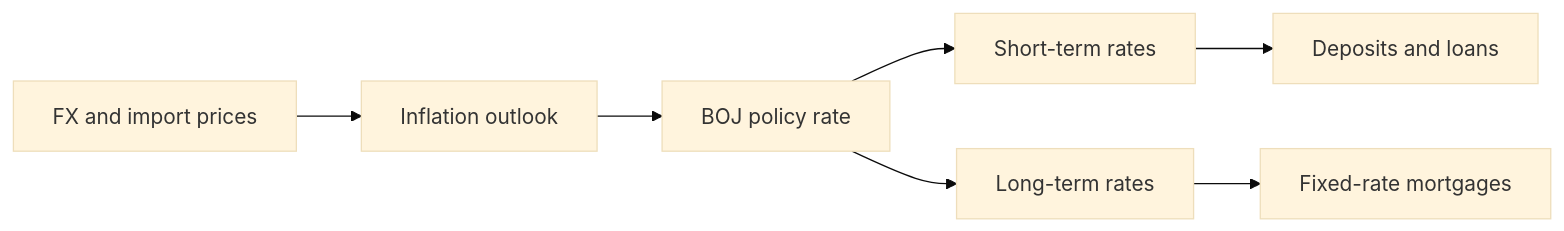
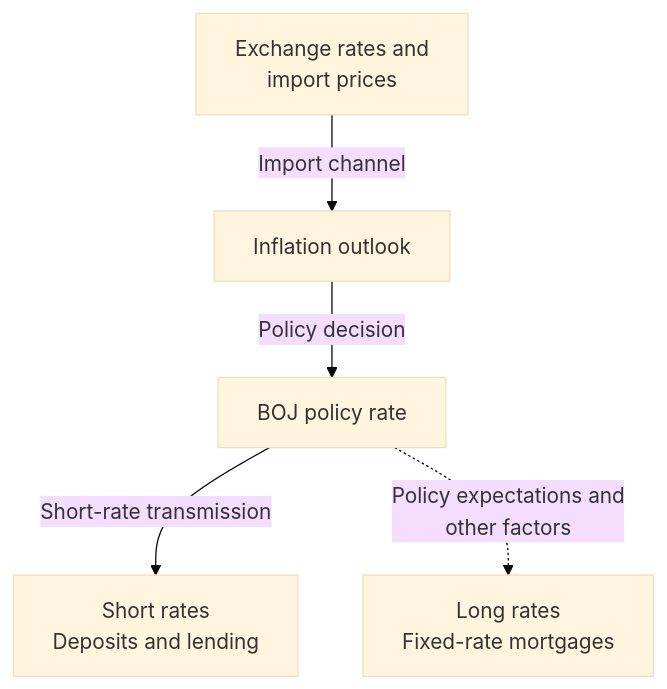
The first of 2 diagrams in articles/report/japan-interest-rate-policy/en/index.mdx (daylight55/research), drawn with Mermaid (base theme) before and after one commit. The commit also changed other lines of this file and 181 other files, not shown here.

First line of the commit message:
全記事の図解368点を再生成し、共通注意書きを削除 (#402)

````diff
--- a/articles/report/japan-interest-rate-policy/en/index.mdx
+++ b/articles/report/japan-interest-rate-policy/en/index.mdx
@@ -31,9 +31,14 @@
 ```mermaid
-flowchart LR
-  BOJ["BOJ policy rate"] --> Short["Short-term rates"]
-  Short --> Loan["Deposits and loans"]
-  BOJ --> JGB["Long-term rates"]
-  JGB --> Fixed["Fixed-rate mortgages"]
-  FX["FX and import prices"] --> Inf["Inflation outlook"]
-  Inf --> BOJ
+flowchart TD
+  accTitle: Two routes from BOJ policy to household interest rates
+  accDescr: Short rates influence deposits and lending; long rates affect fixed mortgages. Exchange rates and import prices feed back into policy through the inflation outlook.
+  N0["BOJ policy rate"]
+  N1["Short rates<br/>Deposits and lending"]
+  N2["Long rates<br/>Fixed-rate mortgages"]
+  N3["Exchange rates and<br/>import prices"]
+  N4["Inflation outlook"]
+  N0 -->|Short-rate transmission| N1
+  N0 -.->|Policy expectations and<br/>other factors| N2
+  N3 -->|Import channel| N4
+  N4 -->|Policy decision| N0
 ```
````
